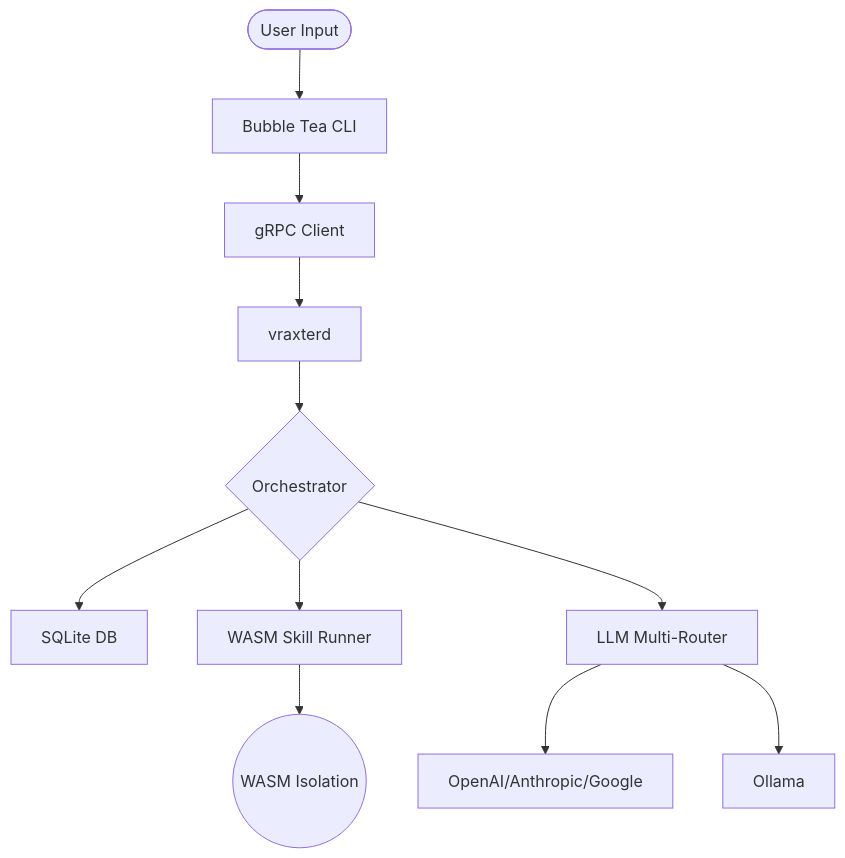
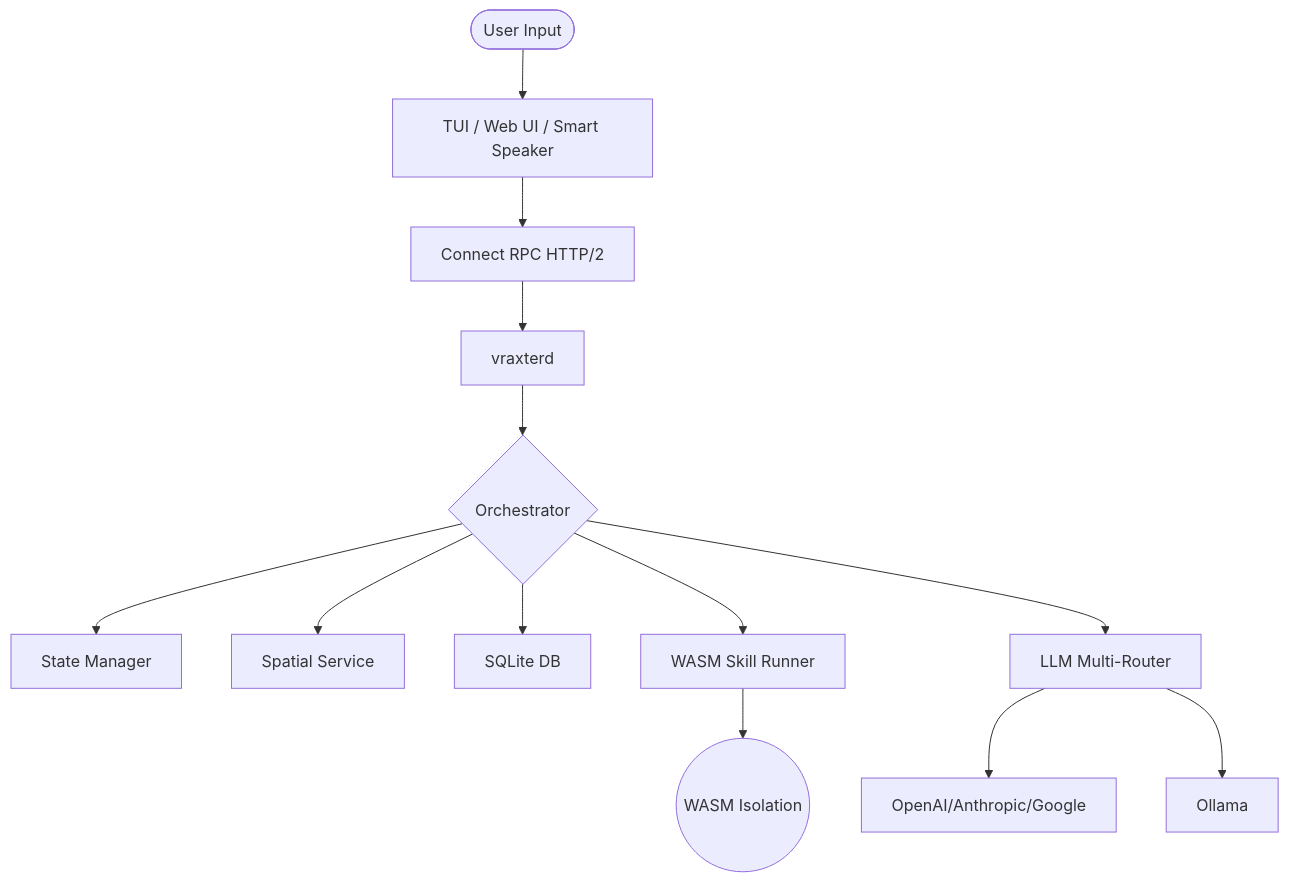
One commit to Grant-Bradford/convo changed the diagram in docs/ARCHITECTURE.md. Above: the diagram before and after it, drawn with Mermaid. The commit also changed other lines of this file and 32 other files, not shown here.

````diff
--- a/docs/ARCHITECTURE.md
+++ b/docs/ARCHITECTURE.md
@@ -50,13 +53,15 @@
 ```mermaid
 graph TD
-    User([User Input]) --> TUI[Bubble Tea CLI]
-    TUI --> gRPC[gRPC Client]
-    gRPC --> Daemon[vraxterd]
+    User([User Input]) --> Client[TUI / Web UI / Smart Speaker]
+    Client --> ConnectRPC[Connect RPC HTTP/2]
+    ConnectRPC --> Daemon[vraxterd]
     Daemon --> Orchestrator{Orchestrator}
+    Orchestrator --> StateMgr[State Manager]
+    Orchestrator --> SpatialSvc[Spatial Service]
     Orchestrator --> SQL[SQLite DB]
     Orchestrator --> Runner[WASM Skill Runner]
     Orchestrator --> Router[LLM Multi-Router]
     Router --> Cloud[OpenAI/Anthropic/Google]
     Router --> Local[Ollama]
     Runner --> Sandbox((WASM Isolation))
 ```
````
